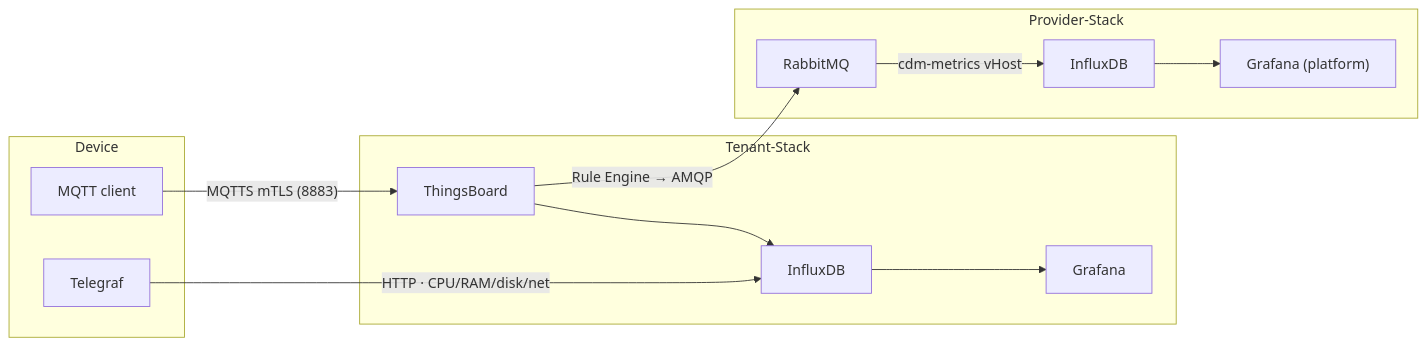
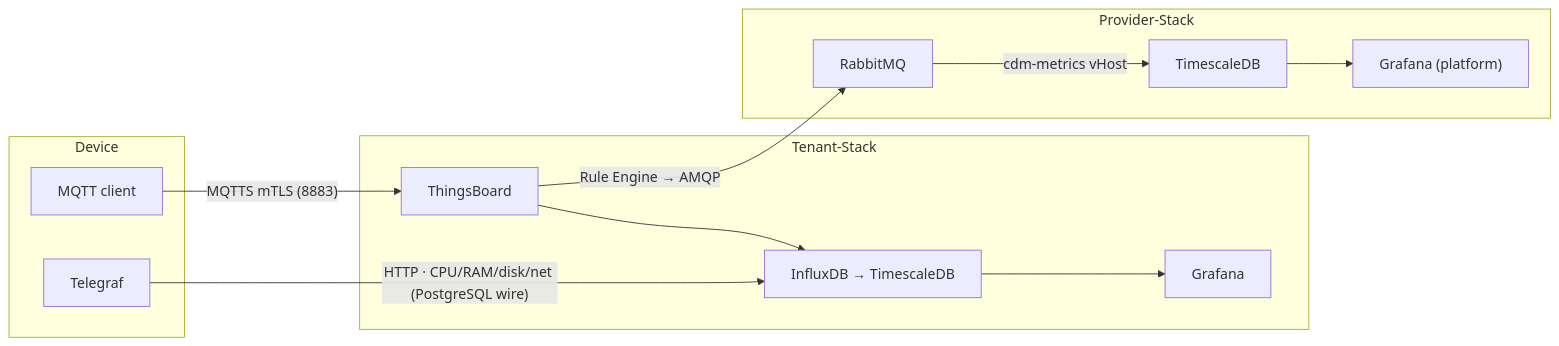
Before and after one commit to the78mole/complete-device-management: the first of 5 diagrams in docs/architecture/data-flow.md, drawn with Mermaid. The commit also changed other lines of this file and 34 other files, not shown here.

First line of the commit message:
Refactor provider and tenant stacks to replace InfluxDB with TimescaleDB

````diff
--- a/docs/architecture/data-flow.md
+++ b/docs/architecture/data-flow.md
@@ -10,26 +10,26 @@
 ```mermaid
 graph LR
     subgraph device[Device]
         TLG[Telegraf]
         MQC[MQTT client]
     end
 
     subgraph tenant[Tenant-Stack]
         TB[ThingsBoard]
-        IDB_T[InfluxDB]
+        IDB_T[InfluxDB → TimescaleDB]
         GRF_T[Grafana]
         TB --> IDB_T --> GRF_T
     end
 
     subgraph provider[Provider-Stack]
         RMQ[RabbitMQ]
-        IDB_P[InfluxDB]
+        IDB_P[TimescaleDB]
         GRF_P["Grafana (platform)"]
         IDB_P --> GRF_P
     end
 
-    TLG -->|"HTTP · CPU/RAM/disk/net"| IDB_T
+    TLG -->|"HTTP · CPU/RAM/disk/net (PostgreSQL wire)"| IDB_T
     MQC -->|"MQTTS mTLS (8883)"| TB
     TB -->|"Rule Engine → AMQP"| RMQ
     RMQ -->|cdm-metrics vHost| IDB_P
 ```
````
